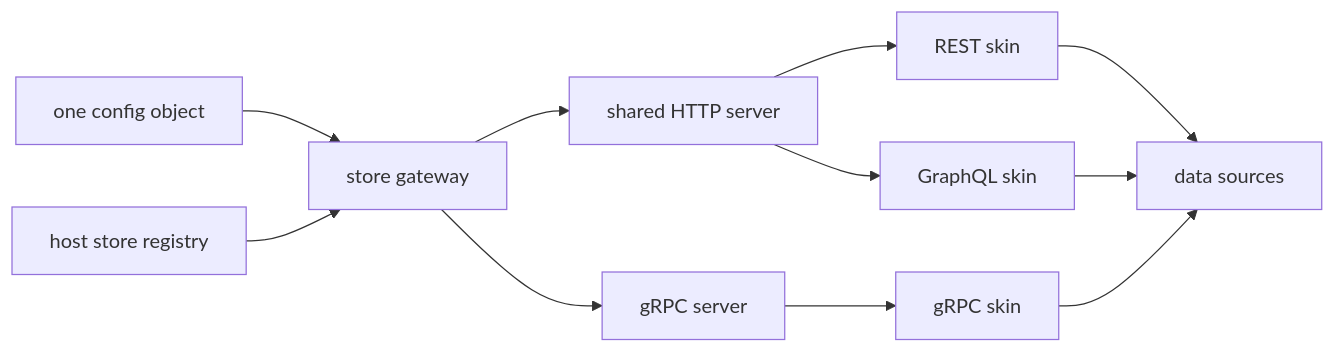
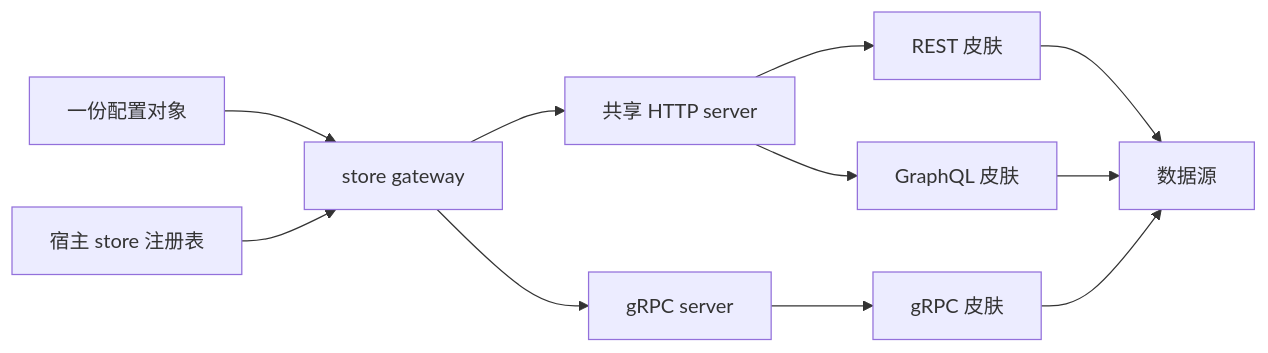
Before and after one commit to coenddt/store-gateway: the diagram in README.md, drawn with Mermaid. The commit also changed other lines of this file and 2 other files, not shown here.

````diff
--- a/README.md
+++ b/README.md
@@ -215,13 +219,13 @@
 ```mermaid
 flowchart LR
-  cfg[one config object] --> gw[store gateway]
-  store[host store registry] --> gw
-  gw --> http[shared HTTP server]
+  cfg[一份配置对象] --> gw[store gateway]
+  store[宿主 store 注册表] --> gw
+  gw --> http[共享 HTTP server]
   gw --> grpc[gRPC server]
-  http --> rest[REST skin]
-  http --> gql[GraphQL skin]
-  grpc --> g[gRPC skin]
-  rest --> data[data sources]
+  http --> rest[REST 皮肤]
+  http --> gql[GraphQL 皮肤]
+  grpc --> g[gRPC 皮肤]
+  rest --> data[数据源]
   gql --> data
   g --> data
 ```
````
